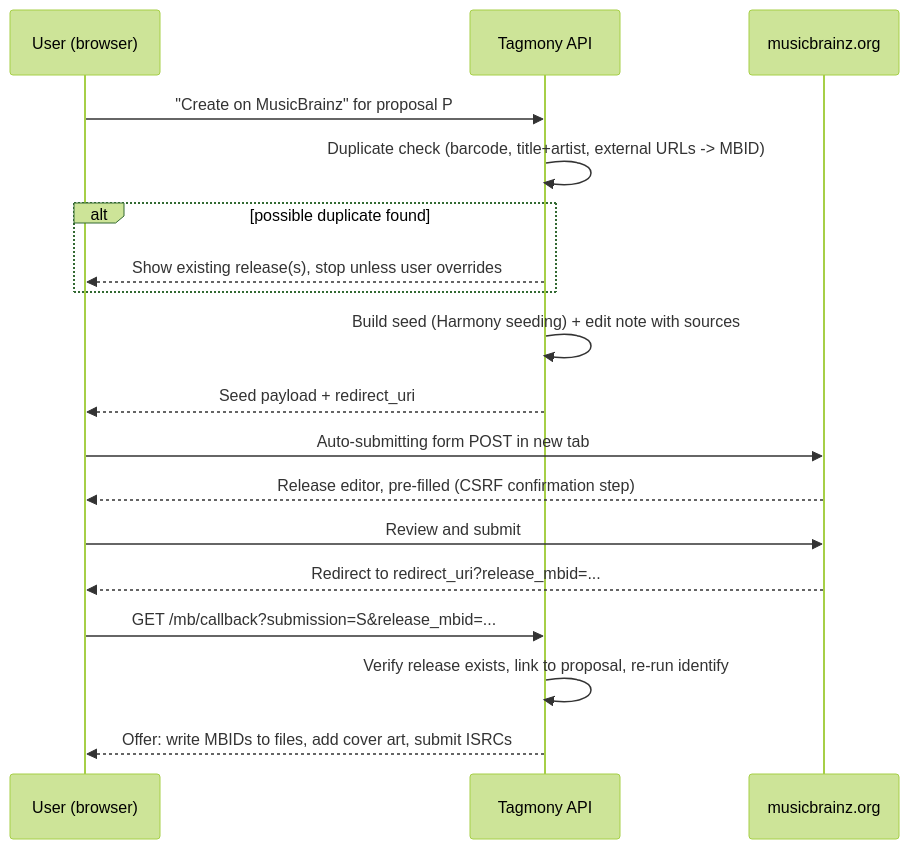
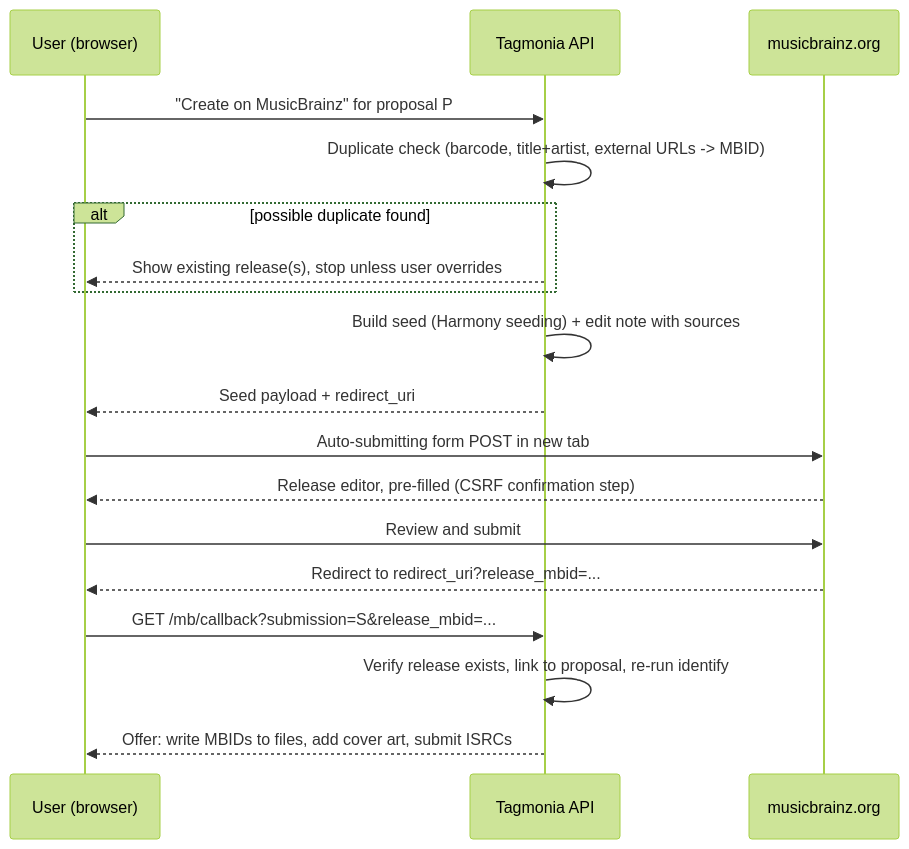
One commit to cdalamagkas/tagmonia changed the fourth of 4 diagrams in docs/ARCHITECTURE.md. Above: the diagram before and after it, drawn with Mermaid (forest theme). The commit also changed other lines of this file and 109 other files, not shown here.

First line of the commit message:
chore: rename project from Tagmony to Tagmonia (D30)

````diff
--- a/docs/ARCHITECTURE.md
+++ b/docs/ARCHITECTURE.md
@@ -665,20 +665,20 @@
 ```mermaid
 sequenceDiagram
   participant U as User (browser)
-  participant T as Tagmony API
+  participant T as Tagmonia API
   participant MB as musicbrainz.org
   U->>T: "Create on MusicBrainz" for proposal P
   T->>T: Duplicate check (barcode, title+artist, external URLs -> MBID)
   alt possible duplicate found
     T-->>U: Show existing release(s), stop unless user overrides
   end
   T->>T: Build seed (Harmony seeding) + edit note with sources
   T-->>U: Seed payload + redirect_uri
   U->>MB: Auto-submitting form POST in new tab
   MB-->>U: Release editor, pre-filled (CSRF confirmation step)
   U->>MB: Review and submit
   MB-->>U: Redirect to redirect_uri?release_mbid=...
   U->>T: GET /mb/callback?submission=S&release_mbid=...
   T->>T: Verify release exists, link to proposal, re-run identify
   T-->>U: Offer: write MBIDs to files, add cover art, submit ISRCs
 ```
````
